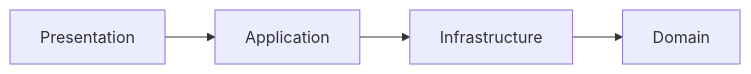
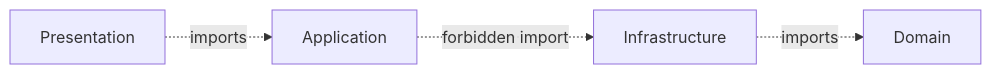
Before and after one commit to AndresTaoFlorez/software-architecture: the fourth of 4 diagrams in onion-architecture/2-inward-dependencies.md, drawn with Mermaid. The commit also changed other lines of this file and 21 other files, not shown here.

````diff
--- a/onion-architecture/2-inward-dependencies.md
+++ b/onion-architecture/2-inward-dependencies.md
@@ -163,4 +144,4 @@
 ```mermaid
 flowchart LR
-    P["Presentation"] --> A["Application"] --> I["Infrastructure"] --> D["Domain"]
+    P["Presentation"] -. "imports" .-> A["Application"] -. "forbidden import" .-> I["Infrastructure"] -. "imports" .-> D["Domain"]
 ```
````
